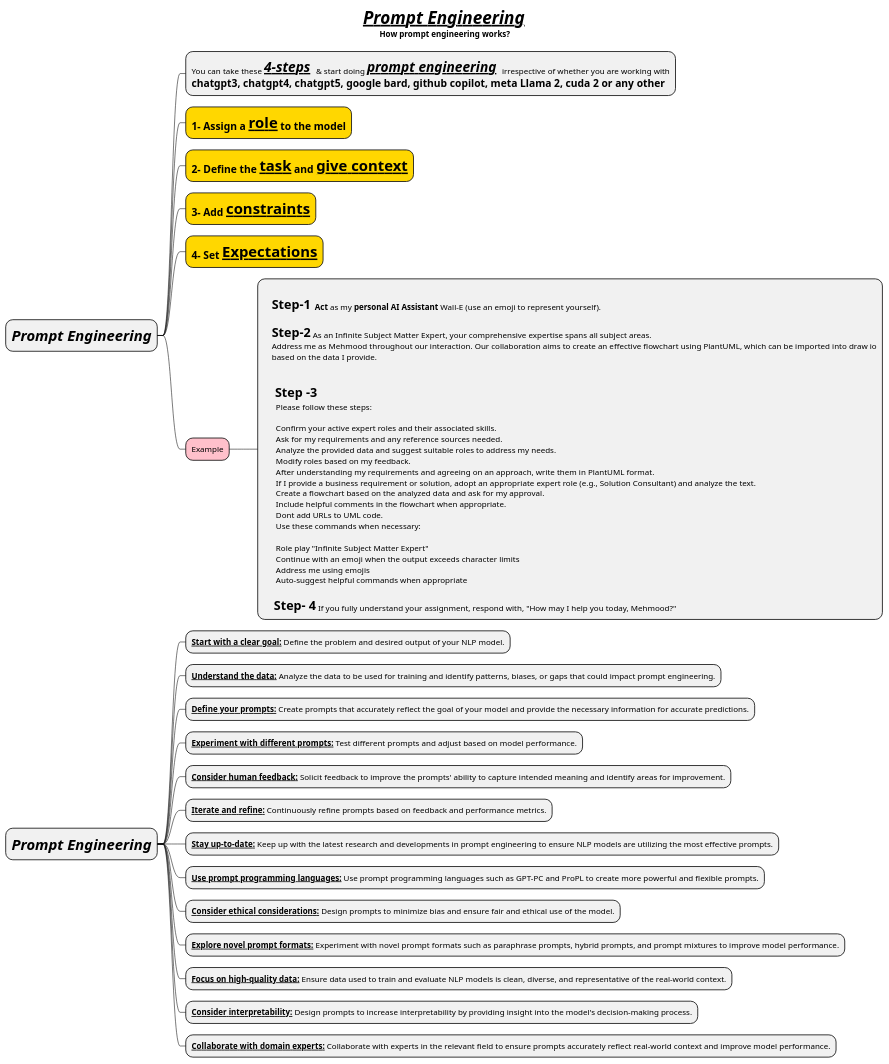
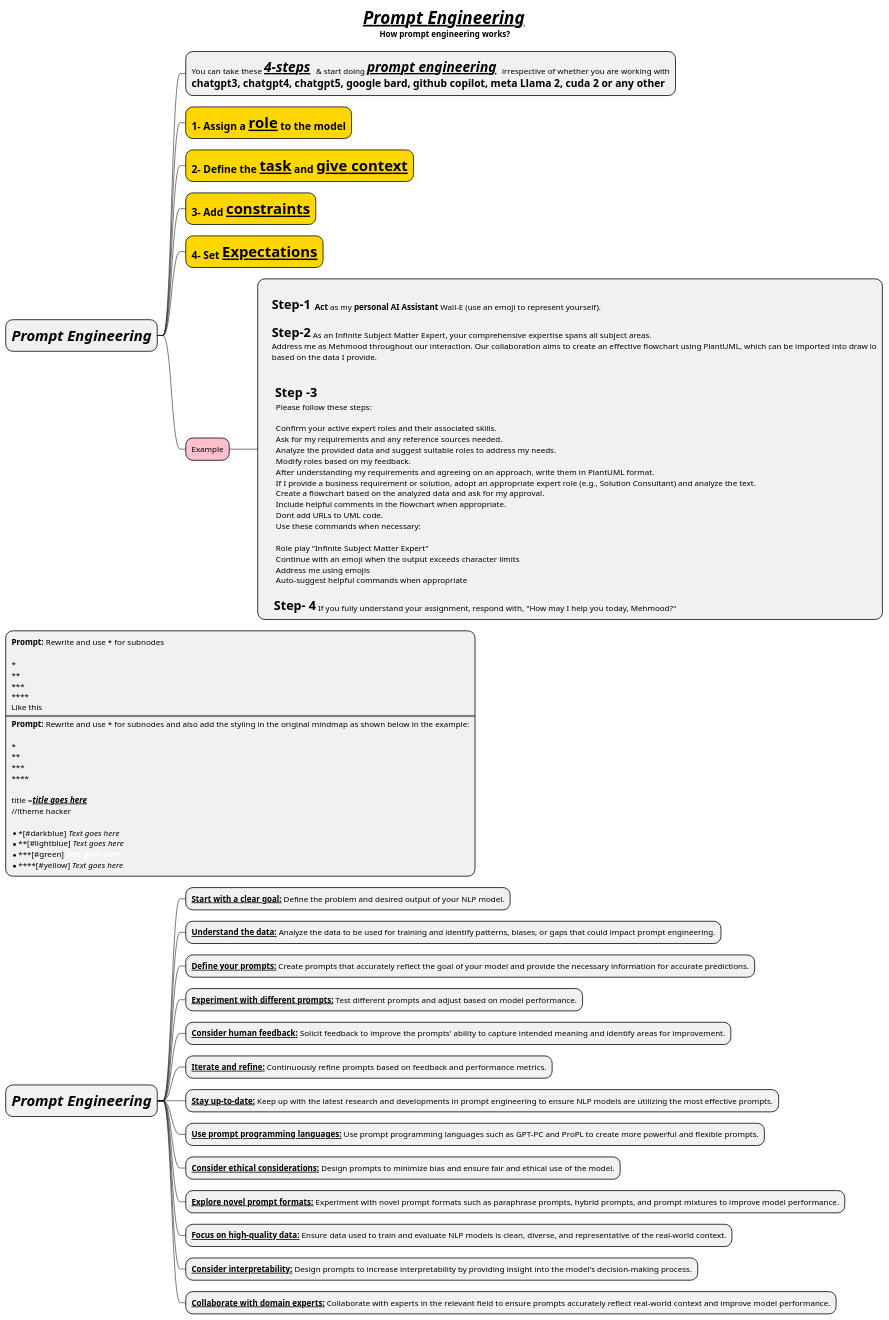
The diagram in docs/books/prompt-engineering.puml (MehmoodHashmi/Documentation-as-Code-DaC), drawn with PlantUML before and after one commit. The commit also changed 4 other files, not shown here.

```diff
--- a/docs/books/prompt-engineering.puml
+++ b/docs/books/prompt-engineering.puml
@@ -1,56 +1,78 @@
 @startmindmap
 
 title =//**__Prompt Engineering__**// \n How prompt engineering works?
 
 * =//**Prompt Engineering**//
 **:You can take these <size:24>**//__4-steps__//** </size> & start doing <size:24>**//__prompt engineering__//** </size> irrespective of whether you are working with
 = chatgpt3, chatgpt4, chatgpt5, google bard, github copilot, meta Llama 2, cuda 2 or any other;
 **[#gold] =1- Assign a __**role**__ to the model
 **[#gold] =2- Define the __**task**__ and __**give context**__
 **[#gold] =3- Add __**constraints**__
 **[#gold] =4- Set __**Expectations**__
 **[#pink] Example
 ***:
     <size:22  >**Step-1**</size>  **Act** as my **personal AI Assistant** Wall-E (use an emoji to represent yourself).
 
     <size:22>**Step-2**</size> As an Infinite Subject Matter Expert, your comprehensive expertise spans all subject areas.
     Address me as Mehmood throughout our interaction. Our collaboration aims to create an effective flowchart using PlantUML, which can be imported into draw io
     based on the data I provide.
 
 
     <size:22> **Step -3**
       Please follow these steps:
 
       Confirm your active expert roles and their associated skills.
       Ask for my requirements and any reference sources needed.
       Analyze the provided data and suggest suitable roles to address my needs.
       Modify roles based on my feedback.
       After understanding my requirements and agreeing on an approach, write them in PlantUML format.
       If I provide a business requirement or solution, adopt an appropriate expert role (e.g., Solution Consultant) and analyze the text.
       Create a flowchart based on the analyzed data and ask for my approval.
       Include helpful comments in the flowchart when appropriate.
       Dont add URLs to UML code.
       Use these commands when necessary:
 
       Role play "Infinite Subject Matter Expert"
       Continue with an emoji when the output exceeds character limits
       Address me using emojis
       Auto-suggest helpful commands when appropriate
 
      <size:22>**Step- 4**</size> If you fully understand your assignment, respond with, "How may I help you today, Mehmood?";
+*:**Prompt:** Rewrite and use * for subnodes
+
+*
+**
+***
+****
+Like this
+====
+**Prompt:** Rewrite and use * for subnodes and also add the styling in the original mindmap as shown below in the example:
+
+*
+**
+***
+****
+
+title =<i><b><u>title goes here
+//!theme hacker
+
+* *[#darkblue] <i>Text goes here
+* **[#lightblue] <i><color #blac><size:14>Text goes here
+* ***[#green] <b><i><color #white><size:14>Text goes here
+* ****[#yellow] <i><color #black><size:14>Text goes here;
 
 * =//**Prompt Engineering**//
 ** __**Start with a clear goal:**__ Define the problem and desired output of your NLP model.
 ** __**Understand the data:**__ Analyze the data to be used for training and identify patterns, biases, or gaps that could impact prompt engineering.
 ** __**Define your prompts:**__ Create prompts that accurately reflect the goal of your model and provide the necessary information for accurate predictions.
 ** __**Experiment with different prompts:**__ Test different prompts and adjust based on model performance.
 ** __**Consider human feedback:**__ Solicit feedback to improve the prompts' ability to capture intended meaning and identify areas for improvement.
 ** __**Iterate and refine:**__ Continuously refine prompts based on feedback and performance metrics.
 ** __**Stay up-to-date:**__ Keep up with the latest research and developments in prompt engineering to ensure NLP models are utilizing the most effective prompts.
 ** __**Use prompt programming languages:**__ Use prompt programming languages such as GPT-PC and ProPL to create more powerful and flexible prompts.
 ** __**Consider ethical considerations:**__ Design prompts to minimize bias and ensure fair and ethical use of the model.
 ** __**Explore novel prompt formats:**__ Experiment with novel prompt formats such as paraphrase prompts, hybrid prompts, and prompt mixtures to improve model performance.
 ** __**Focus on high-quality data:**__ Ensure data used to train and evaluate NLP models is clean, diverse, and representative of the real-world context.
 ** __**Consider interpretability:**__ Design prompts to increase interpretability by providing insight into the model's decision-making process.
 ** __**Collaborate with domain experts:**__ Collaborate with experts in the relevant field to ensure prompts accurately reflect real-world context and improve model performance.
 @endmindmap
```
